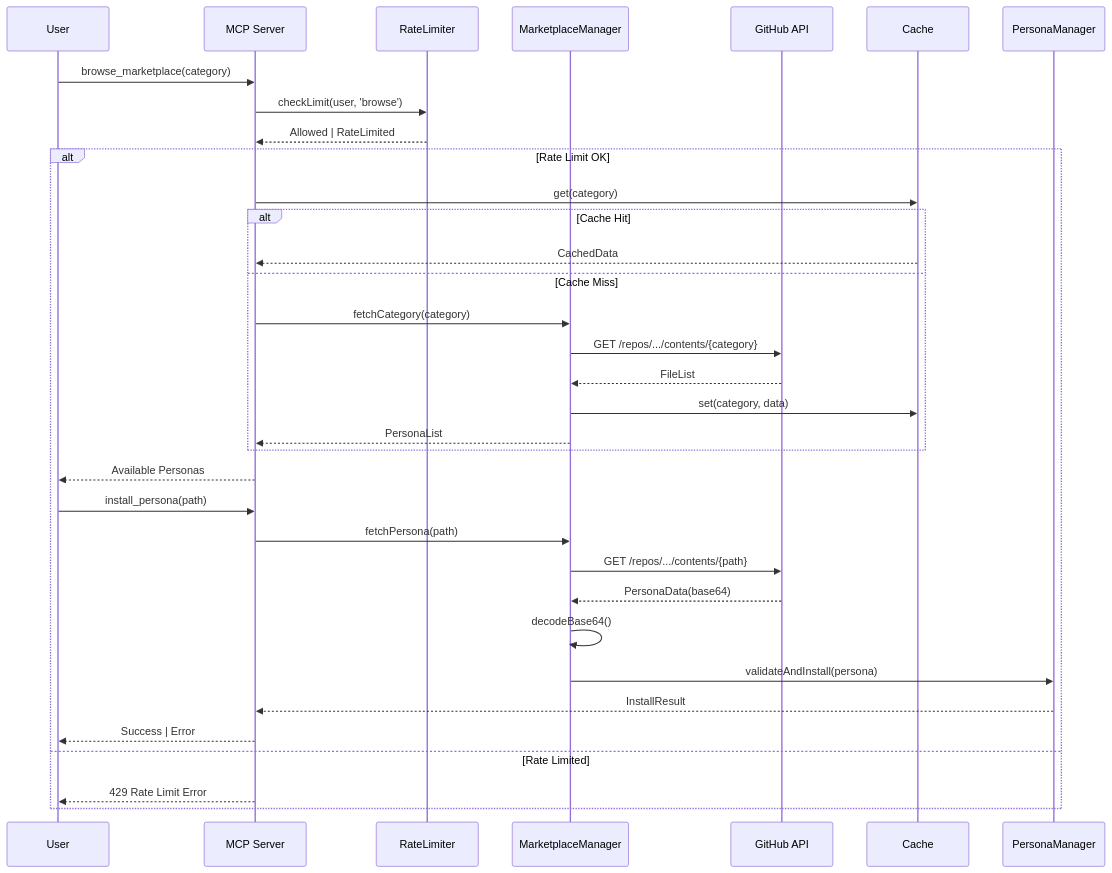
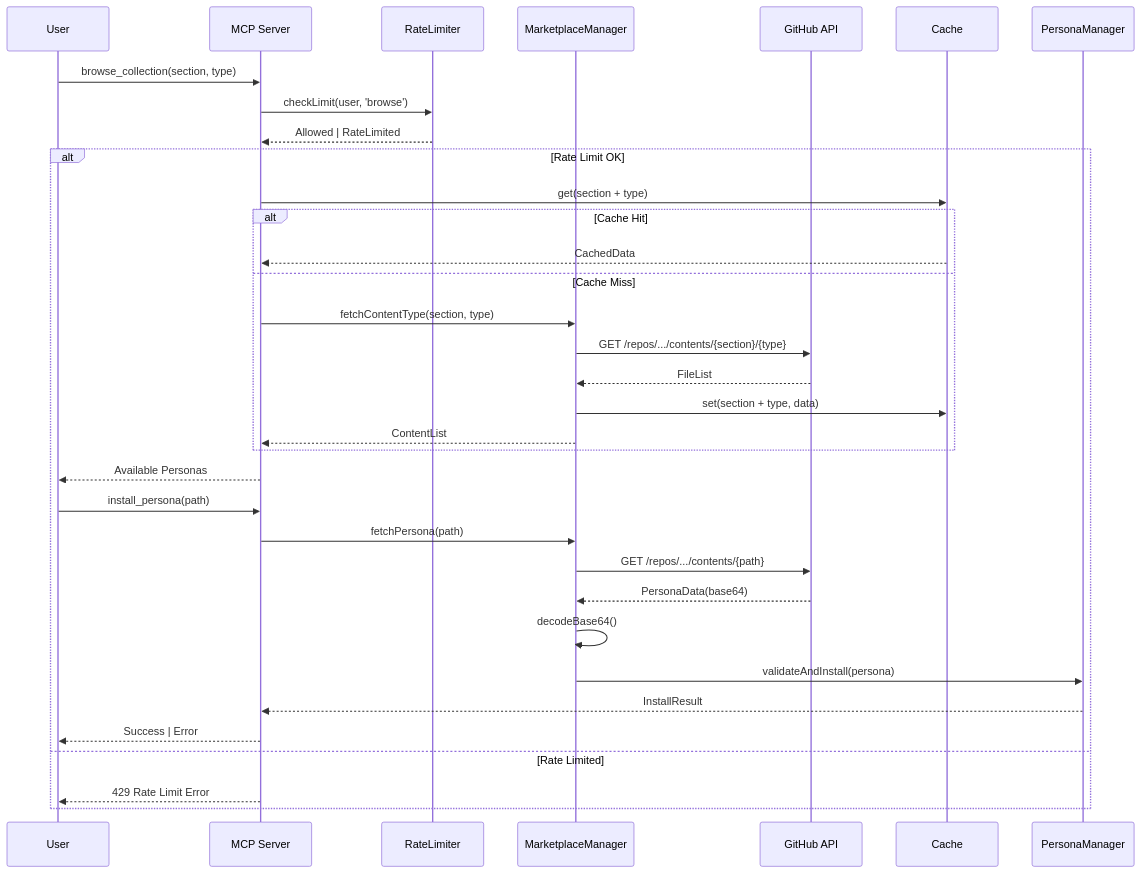
Before and after one commit to DollhouseMCP/mcp-server: the third of 6 diagrams in docs/security/API_WORKFLOW_ARCHITECTURE.md, drawn with Mermaid. The commit also changed 13 other files, not shown here.

````diff
--- a/docs/security/API_WORKFLOW_ARCHITECTURE.md
+++ b/docs/security/API_WORKFLOW_ARCHITECTURE.md
@@ -136,41 +136,41 @@
 ```mermaid
 sequenceDiagram
     participant User
     participant MCP as MCP Server
     participant RL as RateLimiter
     participant MM as MarketplaceManager
     participant GH as GitHub API
     participant Cache
     participant PM as PersonaManager
 
-    User->>MCP: browse_marketplace(category)
+    User->>MCP: browse_collection(section, type)
     MCP->>RL: checkLimit(user, 'browse')
     RL-->>MCP: Allowed | RateLimited
     
     alt Rate Limit OK
-        MCP->>Cache: get(category)
+        MCP->>Cache: get(section + type)
         
         alt Cache Hit
             Cache-->>MCP: CachedData
         else Cache Miss
-            MCP->>MM: fetchCategory(category)
-            MM->>GH: GET /repos/.../contents/{category}
+            MCP->>MM: fetchContentType(section, type)
+            MM->>GH: GET /repos/.../contents/{section}/{type}
             GH-->>MM: FileList
-            MM->>Cache: set(category, data)
-            MM-->>MCP: PersonaList
+            MM->>Cache: set(section + type, data)
+            MM-->>MCP: ContentList
         end
         
         MCP-->>User: Available Personas
         
         User->>MCP: install_persona(path)
         MCP->>MM: fetchPersona(path)
         MM->>GH: GET /repos/.../contents/{path}
         GH-->>MM: PersonaData(base64)
         MM->>MM: decodeBase64()
         MM->>PM: validateAndInstall(persona)
         PM-->>MCP: InstallResult
         MCP-->>User: Success | Error
     else Rate Limited
         MCP-->>User: 429 Rate Limit Error
     end
 ```
````
